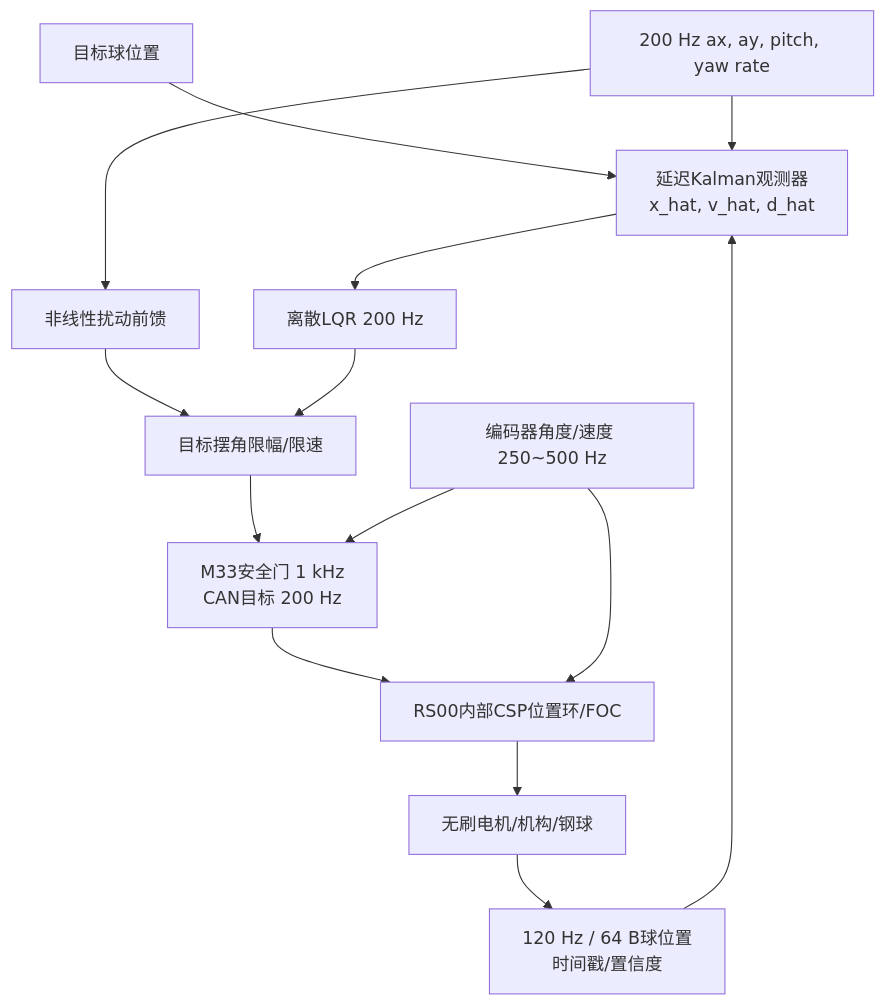
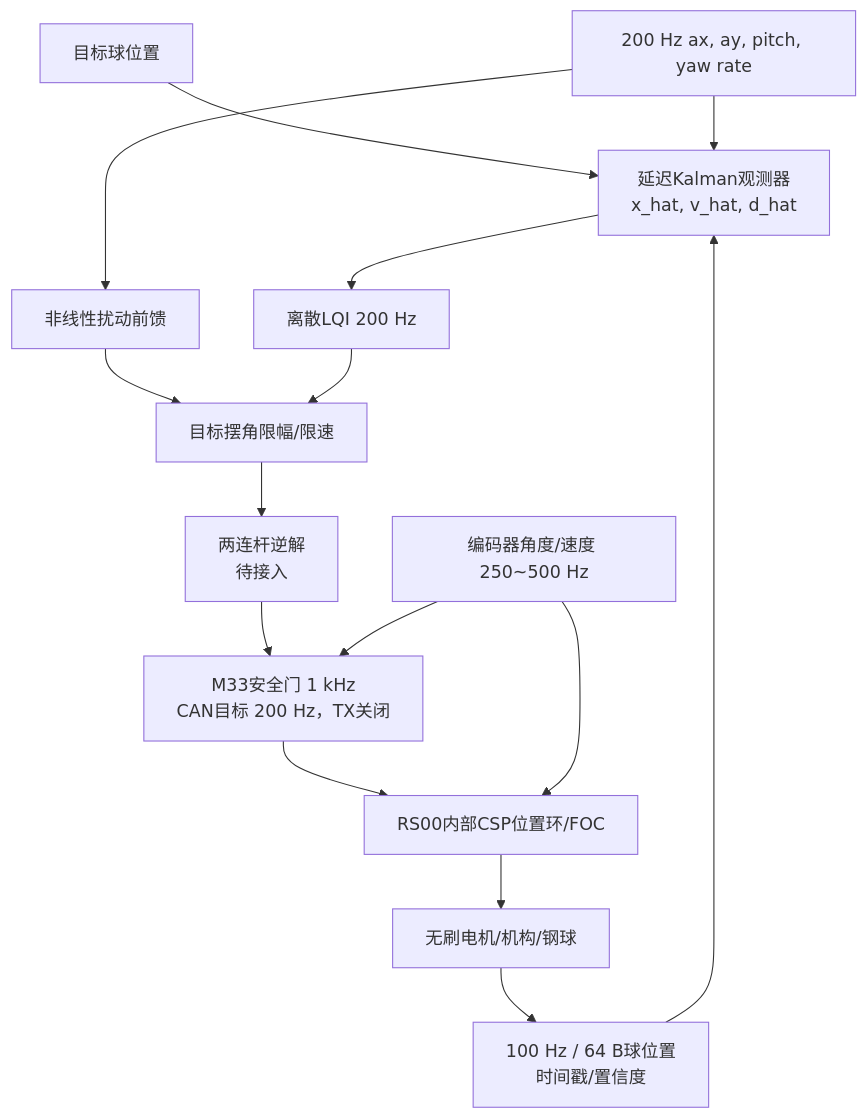
One commit to HalloYang06/2026_TI changed the diagram in docs/architecture/system-overview.md. Above: the diagram before and after it, drawn with Mermaid. The commit also changed other lines of this file and 41 other files, not shown here.

````diff
--- a/docs/architecture/system-overview.md
+++ b/docs/architecture/system-overview.md
@@ -55,16 +55,17 @@
 ```mermaid
 flowchart TD
     R["目标球位置"] --> O["延迟Kalman观测器<br/>x_hat, v_hat, d_hat"]
-    V["120 Hz / 64 B球位置<br/>时间戳/置信度"] --> O
+    V["100 Hz / 64 B球位置<br/>时间戳/置信度"] --> O
     I["200 Hz ax, ay, pitch, yaw rate"] --> O
     I --> F["非线性扰动前馈"]
-    O --> L["离散LQR 200 Hz"]
+    O --> L["离散LQI 200 Hz"]
     F --> S["目标摆角限幅/限速"]
     L --> S
-    S --> G["M33安全门 1 kHz<br/>CAN目标 200 Hz"]
+    S --> K["两连杆逆解<br/>待接入"]
+    K --> G["M33安全门 1 kHz<br/>CAN目标 200 Hz，TX关闭"]
     G --> A["RS00内部CSP位置环/FOC"]
     E["编码器角度/速度 250~500 Hz"] --> G
     E --> A
     A --> M["无刷电机/机构/钢球"]
     M --> V
 ```
````
